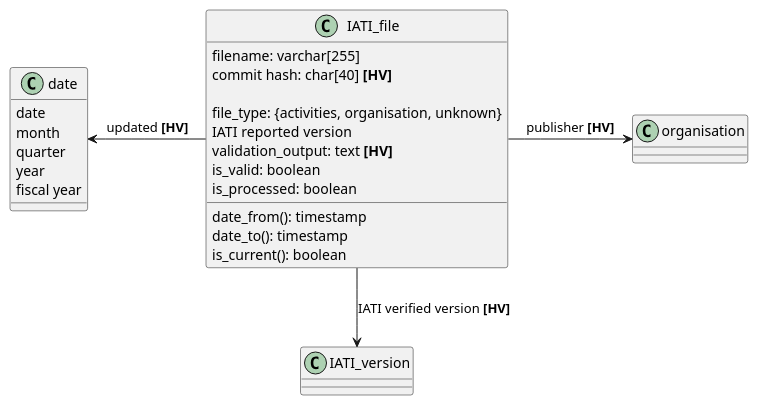
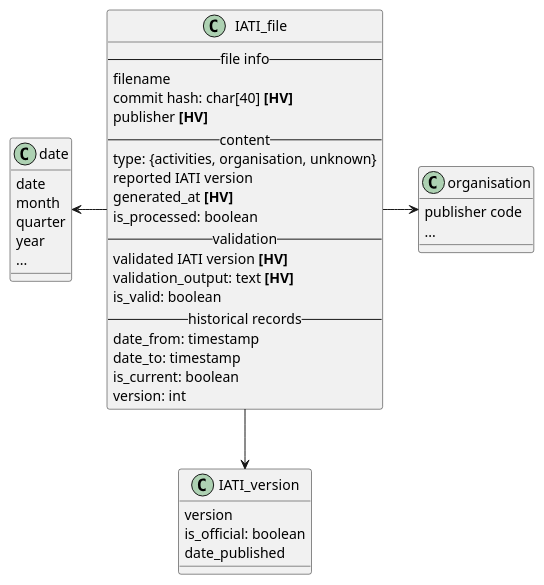
Before and after one commit to Nivocer/pdi.iati: the fourth of 4 diagrams in doc/source/iati_files.rst, drawn with PlantUML. The commit also changed other lines of this file and 2 other files, not shown here.

First line of the commit message:
Updated handling IATI files:

```diff
--- a/doc/source/iati_files.rst
+++ b/doc/source/iati_files.rst
@@ -143,37 +174,48 @@
 .. uml::
    @startuml
     
    class IATI_file {
-      filename: varchar[255]
+      -- file info --
+      filename
       commit hash: char[40] <b>[HV]
-      
-      file_type: {activities, organisation, unknown}
-      IATI reported version
+      publisher <b>[HV]
+      -- content --
+      type: {activities, organisation, unknown}
+      reported IATI version
+      generated_at <b>[HV]
+      is_processed: boolean
+      -- validation --
+      validated IATI version <b>[HV]
       validation_output: text <b>[HV]
       is_valid: boolean
-      is_processed: boolean
-
-      date_from(): timestamp
-      date_to(): timestamp
-      is_current(): boolean
+      -- historical records --
+      date_from: timestamp
+      date_to: timestamp
+      is_current: boolean
+      version: int
    }
    
    class organisation {
+      publisher code
+      ...
    }
    
    class IATI_version {
+      version
+      is_official: boolean
+      date_published
    }
 
    class date{
       date
       month
       quarter
       year
-      fiscal year
+      ...
    }
    
-   IATI_file -> organisation: publisher <b>[HV]
-   IATI_file -left-> date: updated <b>[HV]
-   IATI_file -down-> IATI_version: IATI verified version <b>[HV]
+   IATI_file -> organisation
+   IATI_file -left-> date
+   IATI_file -down-> IATI_version
    
    @enduml
```
